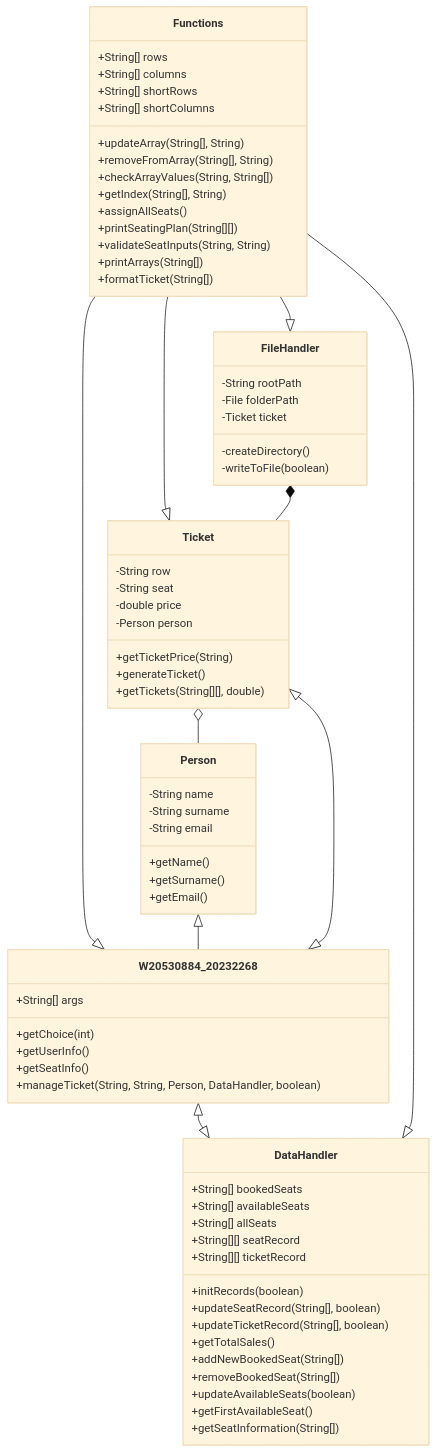
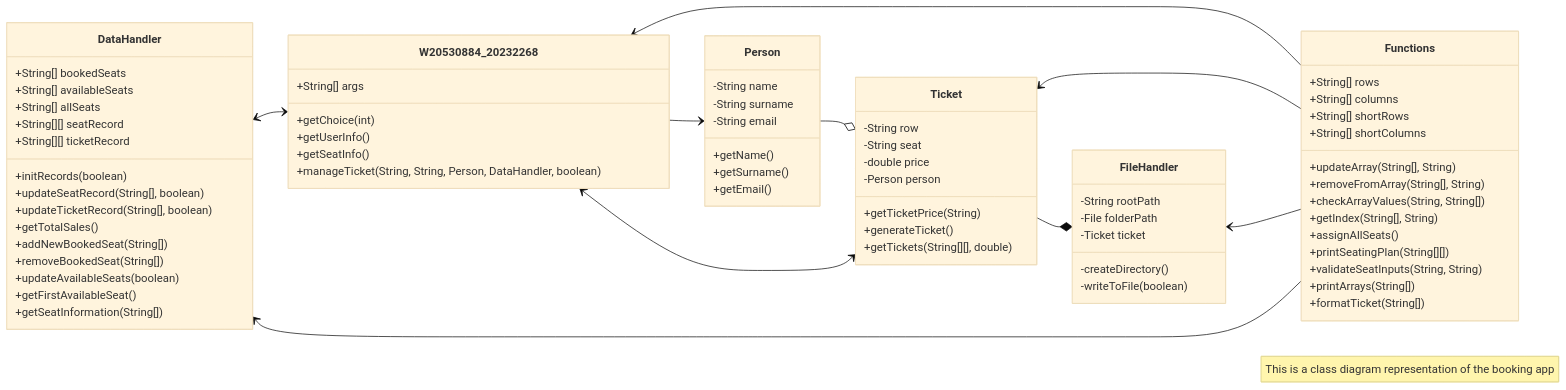
The diagram in README.md (anuja-rahul/booking-app-javaCW), drawn with Mermaid (base theme) before and after one commit.

Commit message:
changes to class diagram

````diff
--- a/README.md
+++ b/README.md
@@ -27,83 +27,85 @@
 ```mermaid
 
 classDiagram
-  W20530884_20232268 <|--|> DataHandler
+    note "This is a class diagram representation of the booking app"
+    direction RL
+  W20530884_20232268 <--> DataHandler
 
-  Functions --|> W20530884_20232268
-  Functions --|> DataHandler
-  Functions --|> Ticket
-  Functions --|> FileHandler
+  Functions --> W20530884_20232268
+  Functions --> DataHandler
+  Functions --> Ticket
+  Functions --> FileHandler
 
-  Person <|-- W20530884_20232268
-  Ticket <|--|> W20530884_20232268
+  Person <-- W20530884_20232268
+  Ticket <--> W20530884_20232268
   Ticket o-- Person
   FileHandler *-- Ticket
 
   W20530884_20232268 : +String[] args
   W20530884_20232268: +getChoice(int)
   W20530884_20232268: +getUserInfo()
   W20530884_20232268: +getSeatInfo()
   W20530884_20232268: +manageTicket(String, String, Person, DataHandler, boolean)
   class DataHandler{
     +String[] bookedSeats
     +String[] availableSeats
     +String[] allSeats
     +String[][] seatRecord
     +String[][] ticketRecord
     +initRecords(boolean)
     +updateSeatRecord(String[], boolean)
     +updateTicketRecord(String[], boolean)
     +getTotalSales()
     +addNewBookedSeat(String[])
     +removeBookedSeat(String[])
     +updateAvailableSeats(boolean)
     +getFirstAvailableSeat()
     +getSeatInformation(String[])
   }
 
   class FileHandler{
     -String rootPath
     -File folderPath
     -Ticket ticket
     -createDirectory()
     -writeToFile(boolean)
   }
 
   class Ticket{
     -String row
     -String seat
     -double price
     -Person person
     +getTicketPrice(String)
     +generateTicket()
     +getTickets(String[][], double)
   }
 
   class Person{
     -String name
     -String surname
     -String email
     +getName()
     +getSurname()
     +getEmail()
   }
 
   class Functions{
     +String[] rows
     +String[] columns
     +String[] shortRows
     +String[] shortColumns
     +updateArray(String[], String)
     +removeFromArray(String[], String)
     +checkArrayValues(String, String[])
     +getIndex(String[], String)
     +assignAllSeats()
     +printSeatingPlan(String[][])
     +validateSeatInputs(String, String)
     +printArrays(String[])
     +formatTicket(String[])
   }
 
   
 
 ```
````
